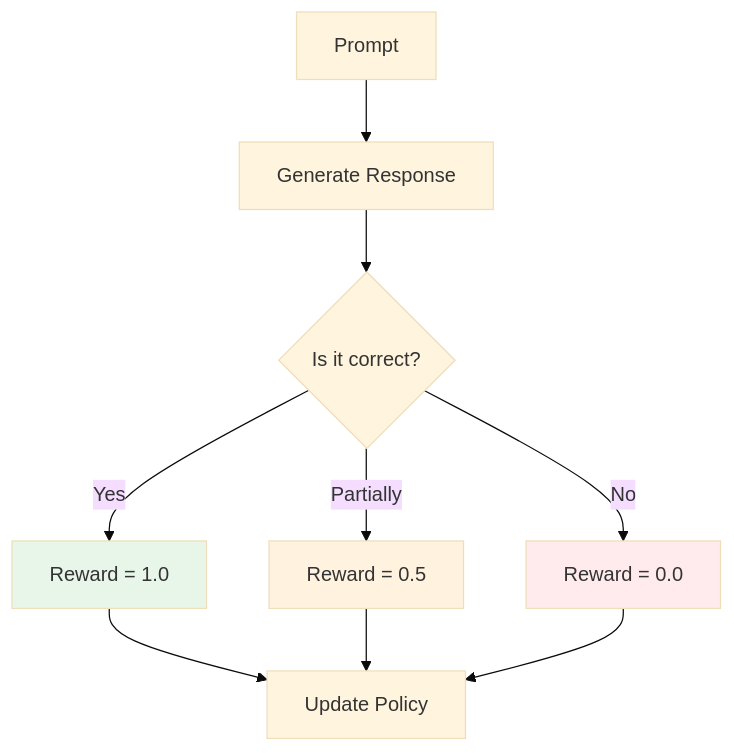
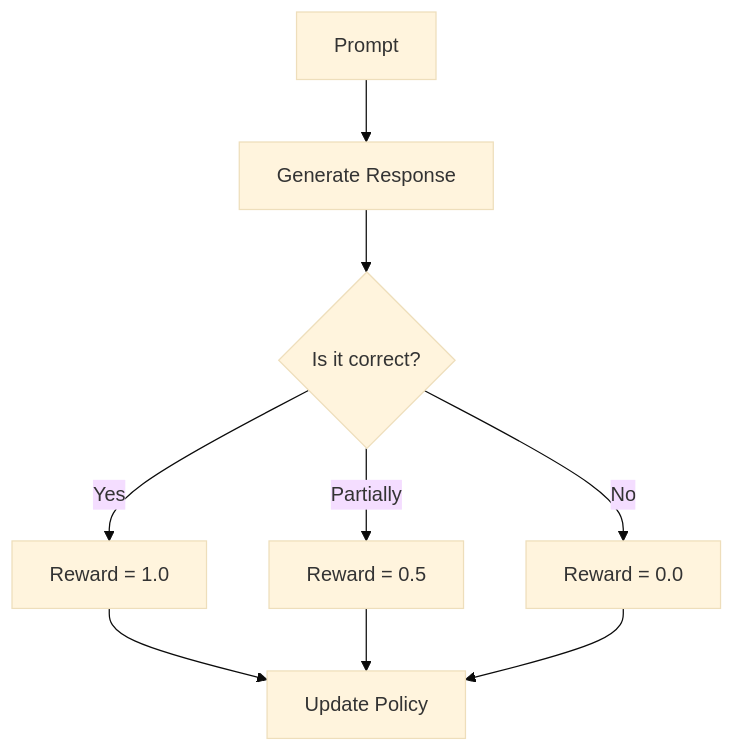
Before and after one commit to xdflatline/quartz: the second of 2 diagrams in content/Concepts/reinforcement-learning-grpo.md, drawn with Mermaid (base theme). The commit also changed other lines of this file and 6 other files, not shown here.

````diff
--- a/content/Concepts/reinforcement-learning-grpo.md
+++ b/content/Concepts/reinforcement-learning-grpo.md
@@ -117,15 +114,12 @@
 ```mermaid
 graph TD
     A[Prompt] --> B[Generate Response]
     B --> C{Is it correct?}
     C -->|Yes| D[Reward = 1.0]
     C -->|Partially| E[Reward = 0.5]
     C -->|No| F[Reward = 0.0]
     D --> G[Update Policy]
     E --> G
     F --> G
     
-    style D fill:#e8f5e9
-    style E fill:#fff3e0
-    style F fill:#ffebee
 ```
````
